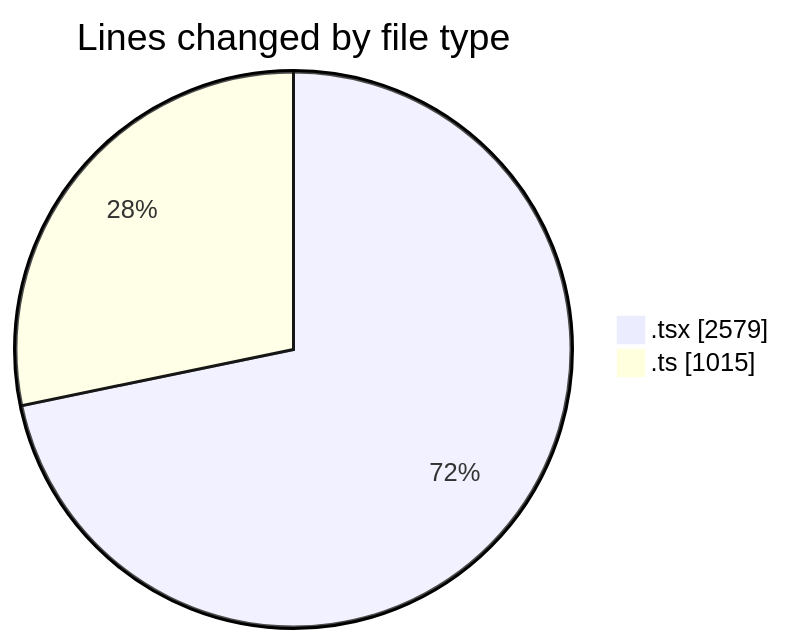
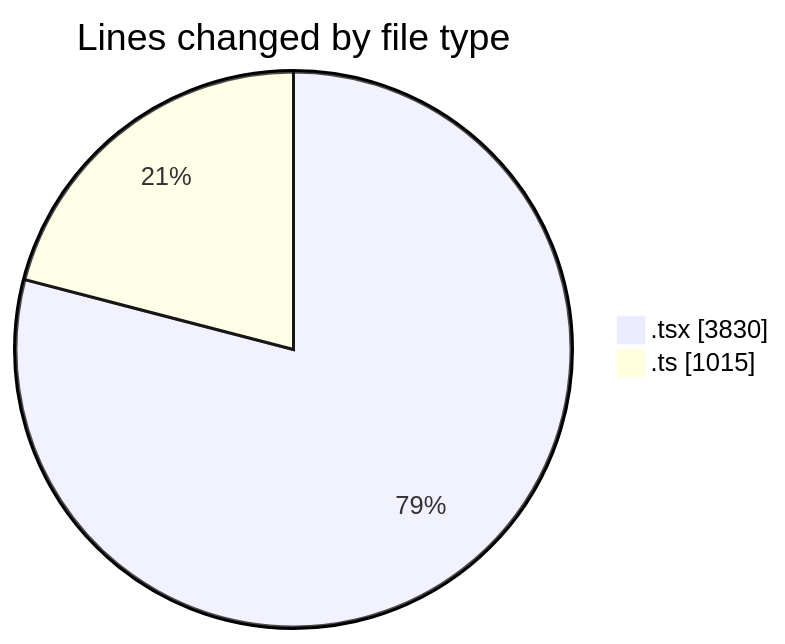
One commit to momahboobian/code-tracking changed the first of 2 diagrams in 2025-07-02/cda/README.md. Above: the diagram before and after it, drawn with Mermaid. The commit also changed other lines of this file and 1 other file, not shown here.

````diff
--- a/2025-07-02/cda/README.md
+++ b/2025-07-02/cda/README.md
@@ -28,6 +32,6 @@
 ```mermaid
 pie showData
 title Lines changed by file type
-".tsx" : 2579
+".tsx" : 3830
 ".ts" : 1015
 ```
````
